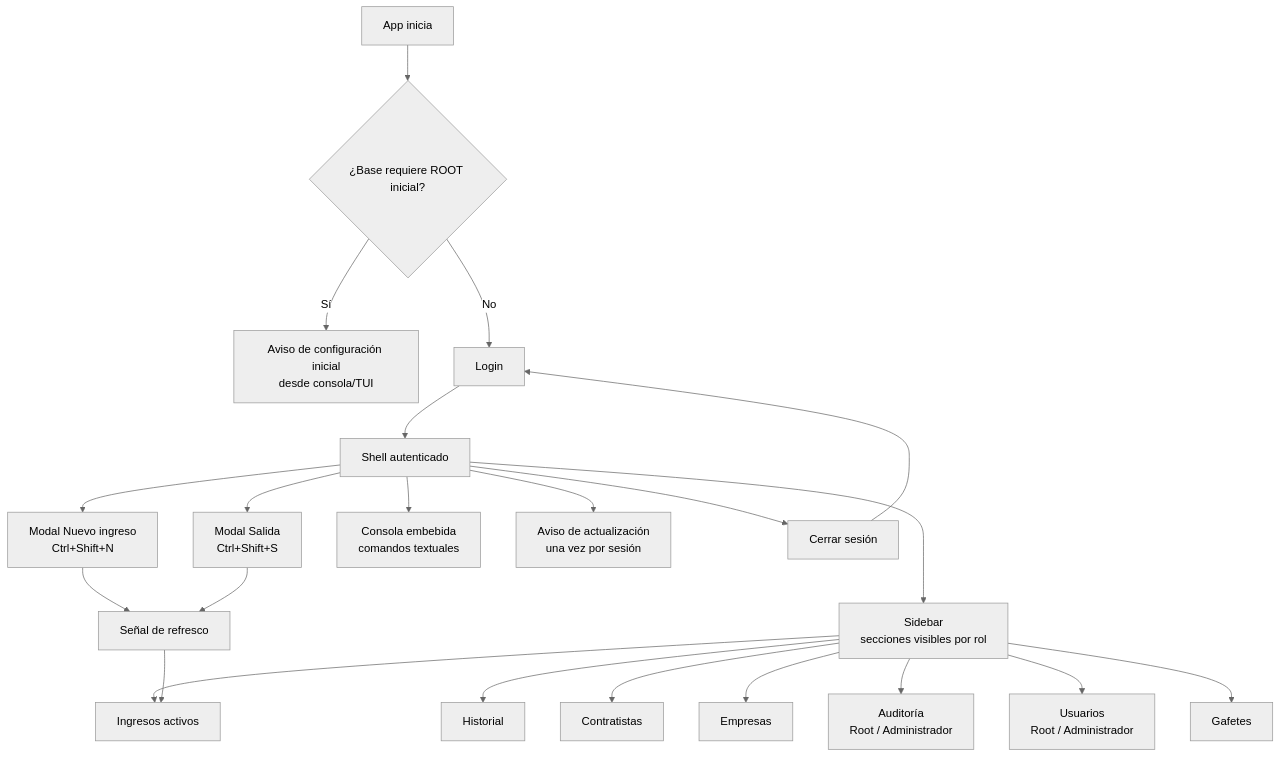
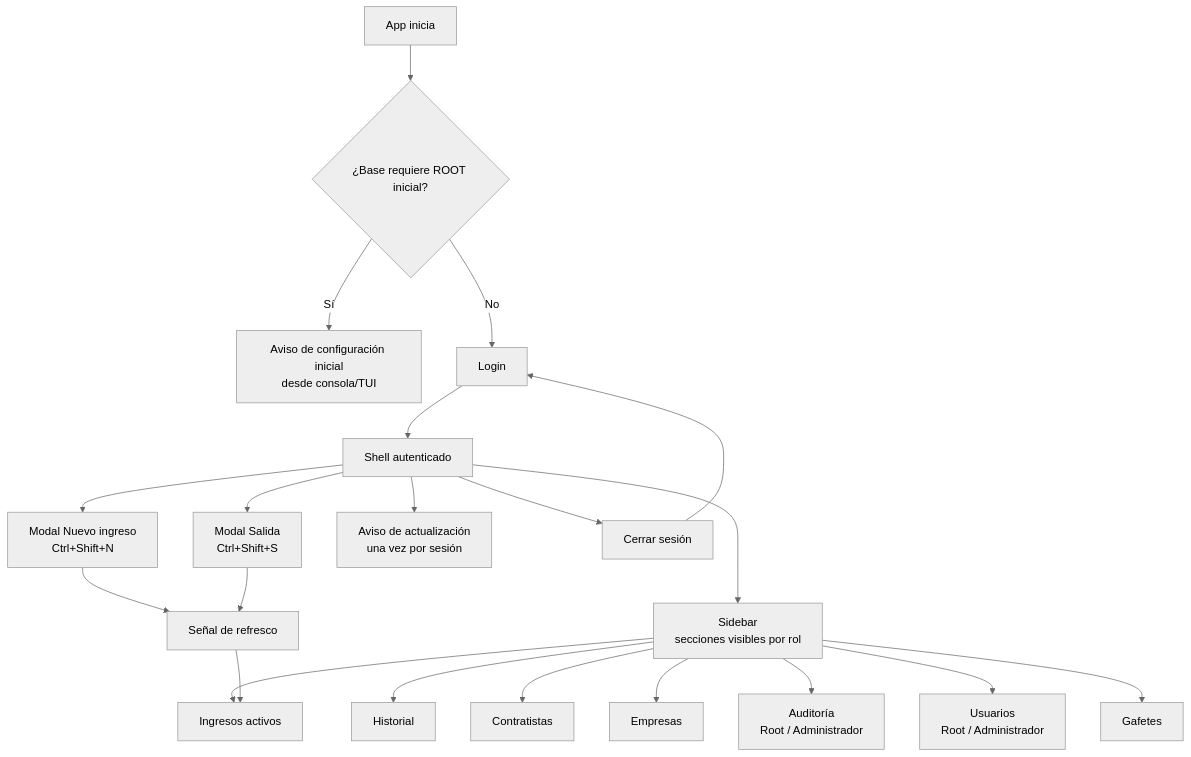
One commit to DQM27/acceso_CLI changed the third of 13 diagrams in docs/diagramas-arquitectura.md. Above: the diagram before and after it, drawn with Mermaid (neutral theme). The commit also changed 10 other files, not shown here.

First line of the commit message:
Elimina la consola embebida (piloto) y simplifica el sidebar

````diff
--- a/docs/diagramas-arquitectura.md
+++ b/docs/diagramas-arquitectura.md
@@ -98,27 +98,26 @@
 ```mermaid
 flowchart TD
     A["App inicia"] --> B{"¿Base requiere ROOT inicial?"}
     B -->|Sí| C["Aviso de configuración inicial<br/>desde consola/TUI"]
     B -->|No| D["Login"]
     D --> E["Shell autenticado"]
 
     E --> SB["Sidebar<br/>secciones visibles por rol"]
     SB --> ACT["Ingresos activos"]
     SB --> HIS["Historial"]
     SB --> CON["Contratistas"]
     SB --> EMP["Empresas"]
     SB --> AUD["Auditoría<br/>Root / Administrador"]
     SB --> USR["Usuarios<br/>Root / Administrador"]
     SB --> GAF["Gafetes"]
 
     E --> NI["Modal Nuevo ingreso<br/>Ctrl+Shift+N"]
     E --> SA["Modal Salida<br/>Ctrl+Shift+S"]
-    E --> CMD["Consola embebida<br/>comandos textuales"]
     E --> UPD["Aviso de actualización<br/>una vez por sesión"]
 
     NI --> REF["Señal de refresco"]
     SA --> REF
     REF --> ACT
     E --> OUT["Cerrar sesión"]
     OUT --> D
 ```
````
